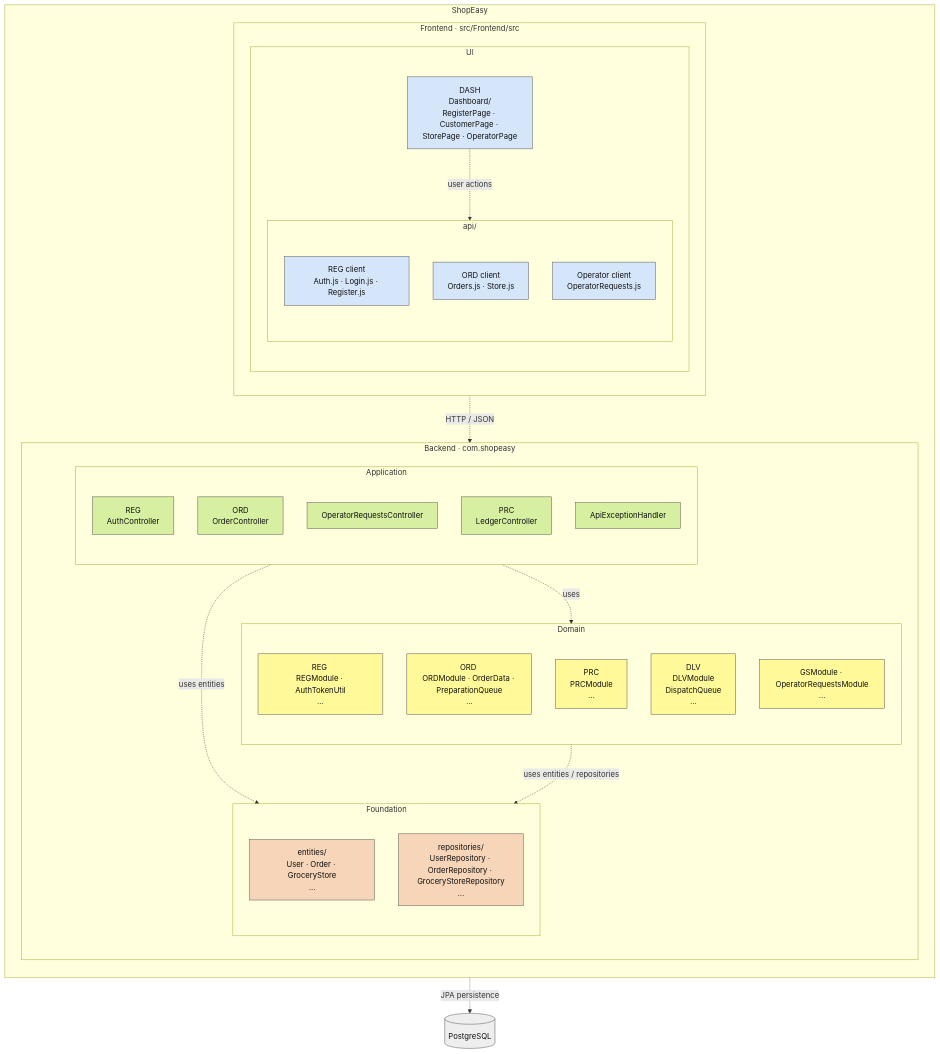
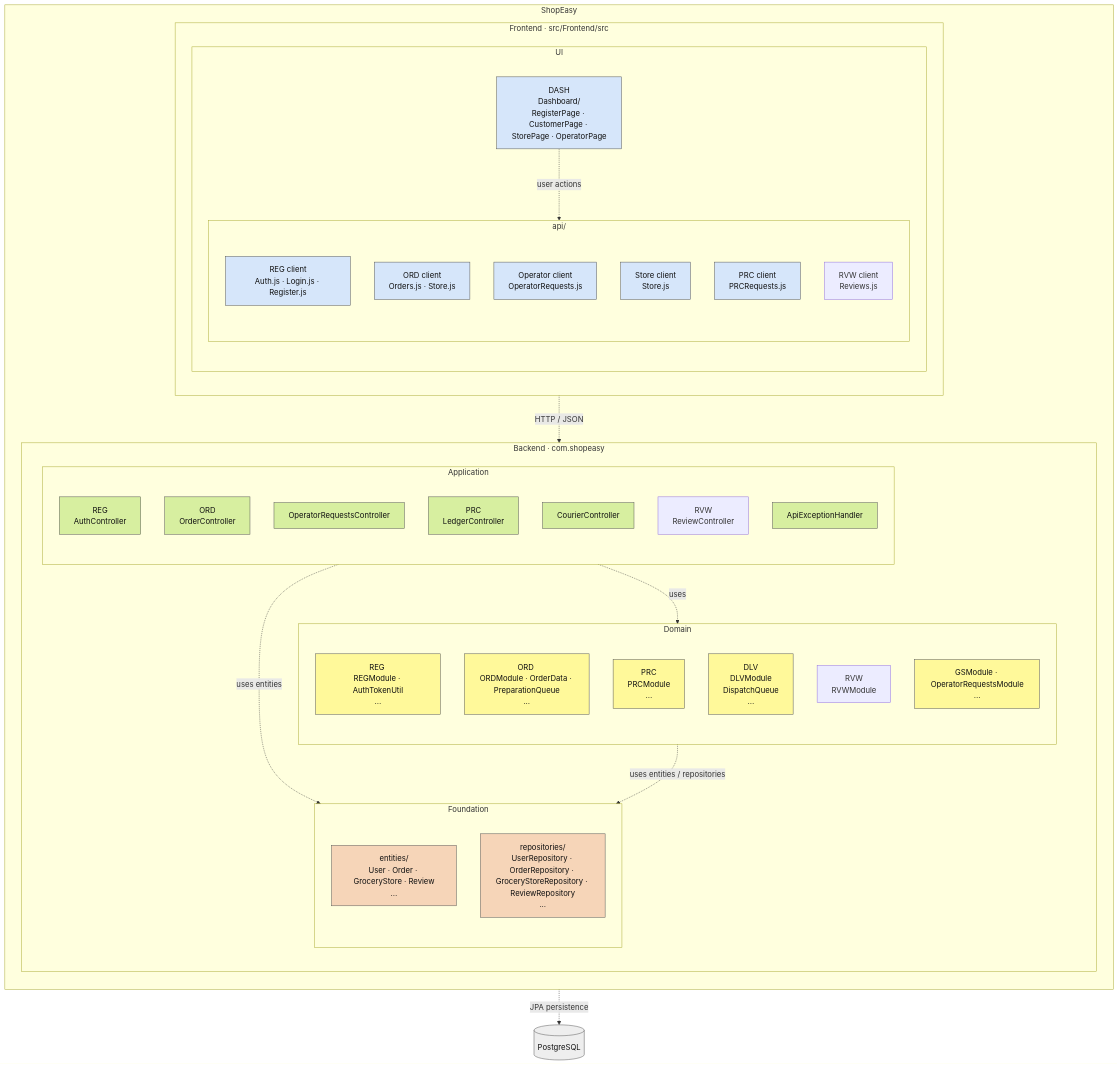
Before and after one commit to blondedzero/Init-to-Win-It_SOEN-343-HI_MTL-Eats-Project_F26: the diagram in Documentation/Package Diagram.md, drawn with Mermaid.

Commit message:
updtaded package diagram with RVW module

````diff
--- a/Documentation/Package Diagram.md
+++ b/Documentation/Package Diagram.md
@@ -3,72 +3,78 @@
 ```mermaid
 flowchart TB
     subgraph system["ShopEasy"]
         direction TB
 
         subgraph frontend["Frontend · src/Frontend/src"]
             direction TB
 
             subgraph dashModule["UI"]
                 direction TB
                 dashboard["DASH<br/>Dashboard/<br/>RegisterPage · CustomerPage · StorePage · OperatorPage"]
                 subgraph api["api/"]
                     direction TB
                     regClient["REG client<br/>Auth.js · Login.js · Register.js"]
                     ordClient["ORD client<br/>Orders.js · Store.js"]
                     operatorClient["Operator client<br/>OperatorRequests.js"]
+                    storeClient["Store client<br/>Store.js"]
+                    prcClient["PRC client<br/>PRCRequests.js"]
+                    rvwClient["RVW client<br/>Reviews.js"]
                 end
                 dashboard -. "user actions" .-> api
             end
 
         end
 
         subgraph backend["Backend · com.shopeasy"]
             direction TB
 
             subgraph application["Application"]
                 direction TB
                 authController["REG<br/>AuthController"]
                 orderController["ORD<br/>OrderController"]
                 operatorController["OperatorRequestsController"]
                 prcController["PRC<br/>LedgerController"]
+                courierController["CourierController"]
+                rvwController["RVW<br/>ReviewController"]
                 exceptionHandler["ApiExceptionHandler"]
             end
 
             subgraph domain["Domain"]
                 direction TB
                 reg["REG <br/>REGModule · AuthTokenUtil<br/>..."]
                 ord["ORD <br/>ORDModule · OrderData · PreparationQueue<br/>..."]
                 prc["PRC <br/>PRCModule<br/>..."]
                 dlv["DLV <br/>DLVModule<br/>DispatchQueue<br/>..."]
+                rvw["RVW <br/>RVWModule"]
                 supporting["GSModule · OperatorRequestsModule<br/>..."]
             end
 
             subgraph foundation["Foundation"]
                 direction TB
-                entities["entities/<br/>User · Order · GroceryStore<br/>..."]
-                repositories["repositories/<br/>UserRepository · OrderRepository · GroceryStoreRepository<br/>..."]
+                entities["entities/<br/>User · Order · GroceryStore · Review<br/>..."]
+                repositories["repositories/<br/>UserRepository · OrderRepository · GroceryStoreRepository · ReviewRepository<br/>..."]
             end
 
 
             application -. "uses" .-> domain
             application -. "uses entities" .-> foundation
             domain -. "uses entities / repositories" .-> foundation
         end
 
         api -. "HTTP / JSON" .-> application
     end
 
     database[("PostgreSQL")]
     foundation -. "JPA persistence" .-> database
 
     classDef uiStyle fill:#d6e6fa,stroke:#555,color:#111
     classDef appStyle fill:#d7efa0,stroke:#555,color:#111
     classDef domainStyle fill:#fff99a,stroke:#555,color:#111
     classDef foundationStyle fill:#f6d5b8,stroke:#555,color:#111
     classDef databaseStyle fill:#eeeeee,stroke:#555,color:#111
-    class dashboard,regClient,ordClient,operatorClient uiStyle
-    class authController,orderController,operatorController,prcController,exceptionHandler appStyle
+    class dashboard,regClient,ordClient,operatorClient,storeClient,prcClient uiStyle
+    class authController,orderController,operatorController,prcController,exceptionHandler,courierController appStyle
     class reg,ord,prc,supporting,dlv domainStyle
     class entities,repositories foundationStyle
     class database databaseStyle
 ```
````
